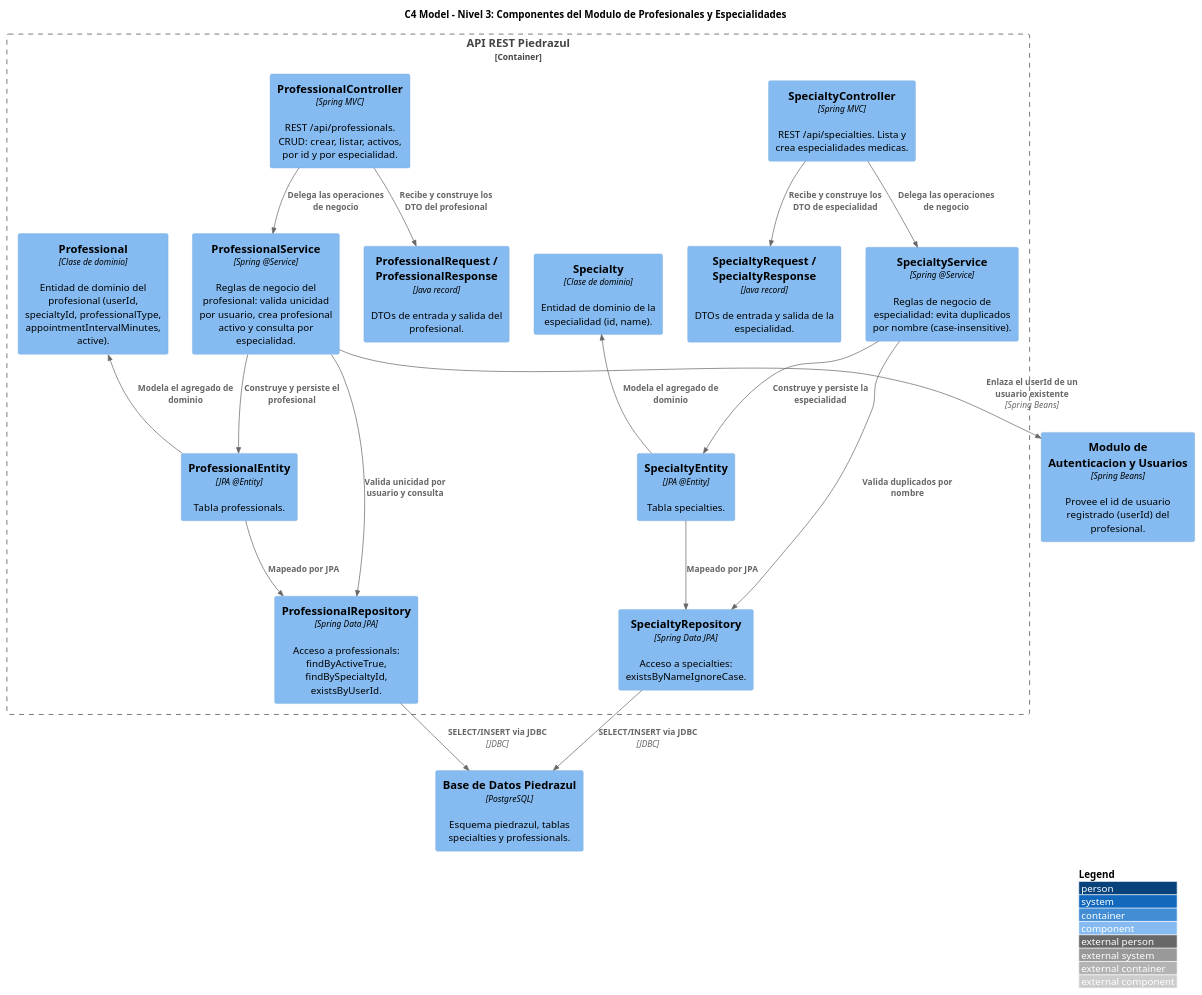
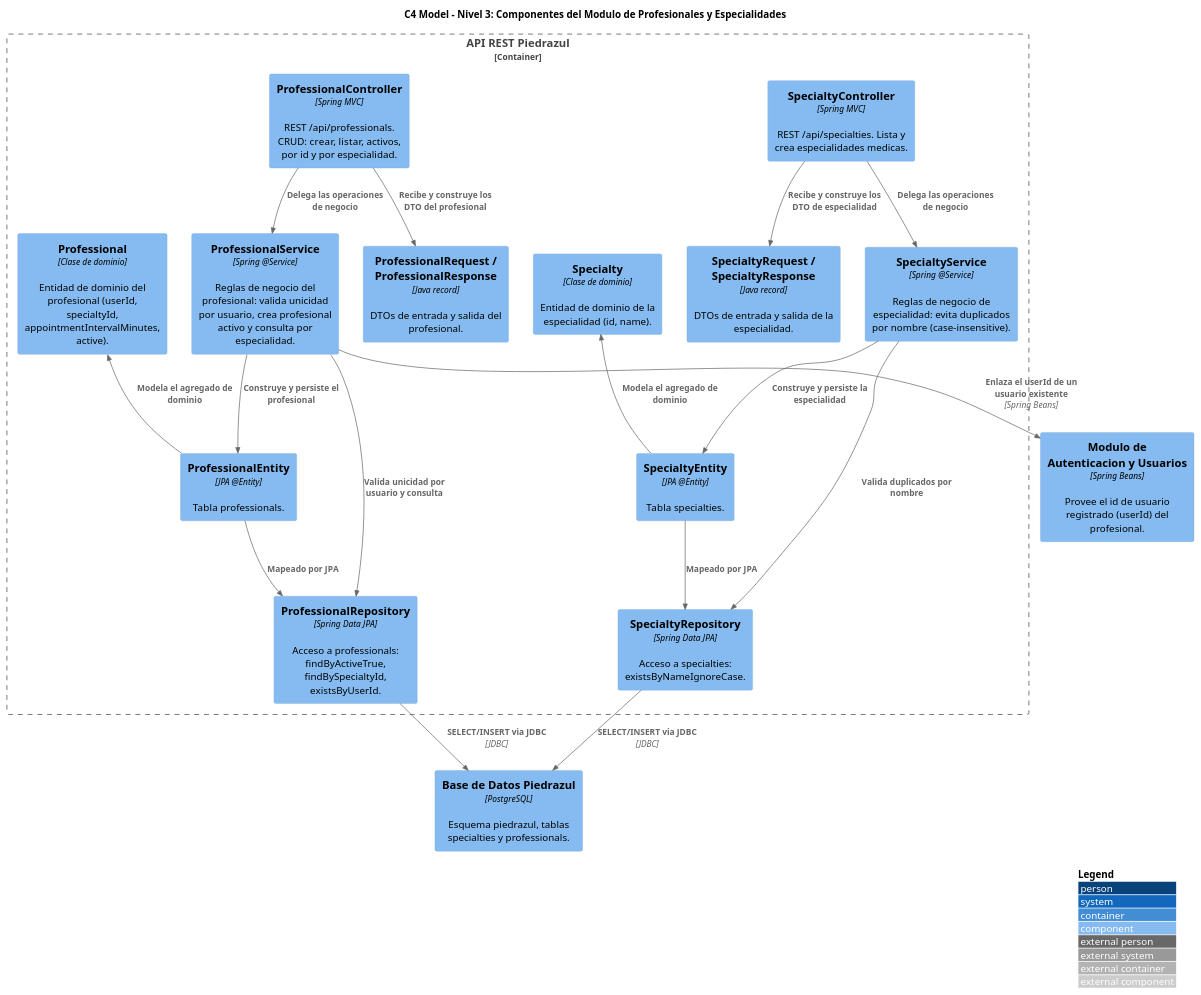
Before and after one commit to astern22/PiedrazulMonolitoModular: the diagram in docs/c4/c4-4-componentes-modulo-profesionales.puml, drawn with PlantUML. The commit also changed 2 other files, not shown here.

```diff
--- a/docs/c4/c4-4-componentes-modulo-profesionales.puml
+++ b/docs/c4/c4-4-componentes-modulo-profesionales.puml
@@ -4,51 +4,51 @@
 @startuml C4_Componentes_Modulo_Profesionales_Piedrazul
 !include https://raw.githubusercontent.com/plantuml-stdlib/C4-PlantUML/master/C4_Component.puml
 
 title C4 Model - Nivel 3: Componentes del Modulo de Profesionales y Especialidades
 
 Container_Boundary(api, "API REST Piedrazul") {
 
     Component(profController, "ProfessionalController", "Spring MVC", "REST /api/professionals. CRUD: crear, listar, activos, por id y por especialidad.", $tags="presentation")
     Component(specController, "SpecialtyController", "Spring MVC", "REST /api/specialties. Lista y crea especialidades medicas.", $tags="presentation")
     Component(profDto, "ProfessionalRequest / ProfessionalResponse", "Java record", "DTOs de entrada y salida del profesional.")
     Component(specDto, "SpecialtyRequest / SpecialtyResponse", "Java record", "DTOs de entrada y salida de la especialidad.")
 
     Component(profSvc, "ProfessionalService", "Spring @Service", "Reglas de negocio del profesional: valida unicidad por usuario, crea profesional activo y consulta por especialidad.")
     Component(specSvc, "SpecialtyService", "Spring @Service", "Reglas de negocio de especialidad: evita duplicados por nombre (case-insensitive).")
 
-    Component(prof, "Professional", "Clase de dominio", "Entidad de dominio del profesional (userId, specialtyId, professionalType, appointmentIntervalMinutes, active).")
+    Component(prof, "Professional", "Clase de dominio", "Entidad de dominio del profesional (userId, specialtyId, appointmentIntervalMinutes, active).")
     Component(spec, "Specialty", "Clase de dominio", "Entidad de dominio de la especialidad (id, name).")
 
     Component(profEntity, "ProfessionalEntity", "JPA @Entity", "Tabla professionals.")
     Component(specEntity, "SpecialtyEntity", "JPA @Entity", "Tabla specialties.")
     Component(profRepo, "ProfessionalRepository", "Spring Data JPA", "Acceso a professionals: findByActiveTrue, findBySpecialtyId, existsByUserId.")
     Component(specRepo, "SpecialtyRepository", "Spring Data JPA", "Acceso a specialties: existsByNameIgnoreCase.")
 
 }
 
 Component(mod_users, "Modulo de Autenticacion y Usuarios", "Spring Beans", "Provee el id de usuario registrado (userId) del profesional.")
 Component(db, "Base de Datos Piedrazul", "PostgreSQL", "Esquema piedrazul, tablas specialties y professionals.")
 
 Rel(profController, profDto, "Recibe y construye los DTO del profesional")
 Rel(profController, profSvc, "Delega las operaciones de negocio")
 Rel(specController, specDto, "Recibe y construye los DTO de especialidad")
 Rel(specController, specSvc, "Delega las operaciones de negocio")
 
 Rel(profSvc, profEntity, "Construye y persiste el profesional")
 Rel(profSvc, profRepo, "Valida unicidad por usuario y consulta")
 Rel(specSvc, specEntity, "Construye y persiste la especialidad")
 Rel(specSvc, specRepo, "Valida duplicados por nombre")
 
 Rel(profEntity, profRepo, "Mapeado por JPA")
 Rel(specEntity, specRepo, "Mapeado por JPA")
 Rel(profRepo, db, "SELECT/INSERT via JDBC", "JDBC")
 Rel(specRepo, db, "SELECT/INSERT via JDBC", "JDBC")
 
 Rel_Back(prof, profEntity, "Modela el agregado de dominio")
 Rel_Back(spec, specEntity, "Modela el agregado de dominio")
 Rel(profSvc, mod_users, "Enlaza el userId de un usuario existente", "Spring Beans")
 
 SHOW_LEGEND()
 LAYOUT_WITH_LEGEND()
 
 @enduml
```
